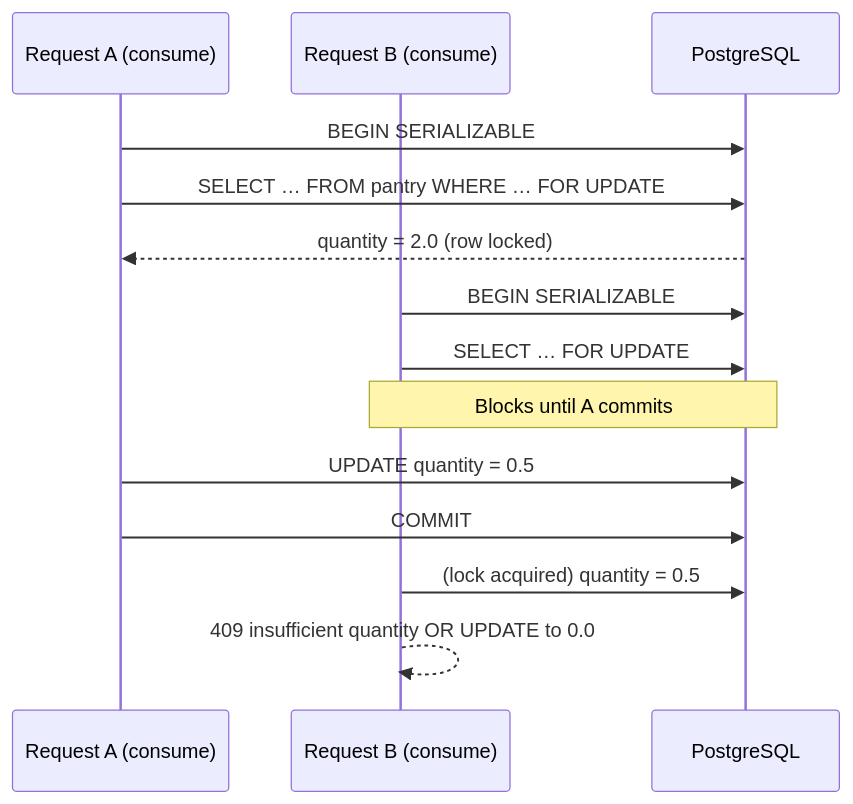
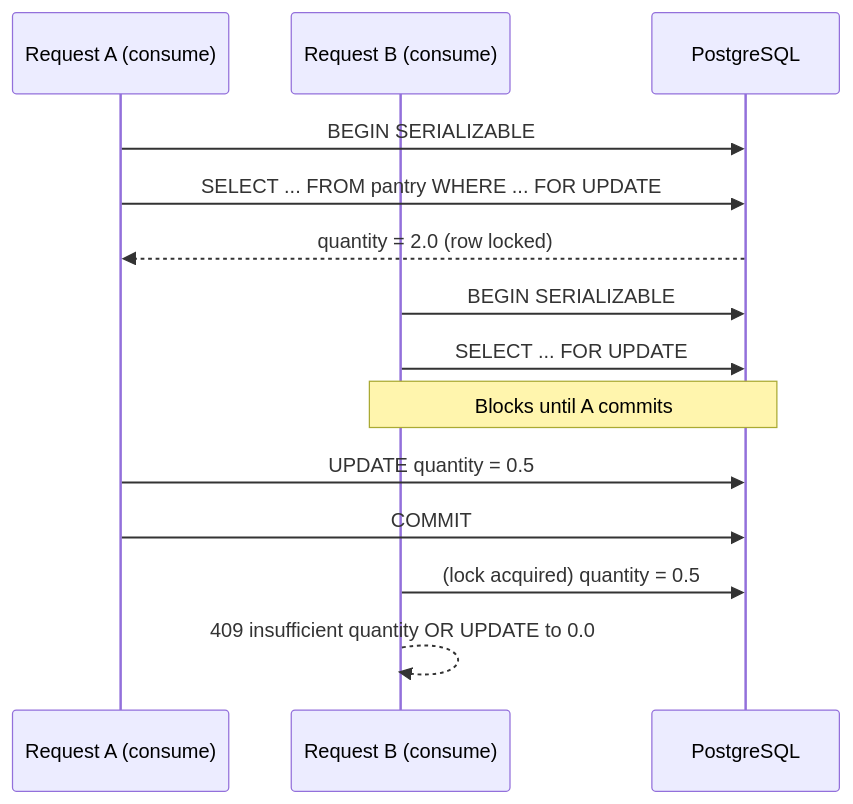
Before and after one commit to moystee/CSC365_Database_Group_Project: the second of 4 diagrams in concurrency.md, drawn with Mermaid. The commit also changed other lines of this file, not shown here.

````diff
--- a/concurrency.md
+++ b/concurrency.md
@@ -46,17 +46,17 @@
 ```mermaid
 sequenceDiagram
     participant A as Request A (consume)
     participant B as Request B (consume)
     participant DB as PostgreSQL
 
     A->>DB: BEGIN SERIALIZABLE
-    A->>DB: SELECT … FROM pantry WHERE … FOR UPDATE
+    A->>DB: SELECT ... FROM pantry WHERE ... FOR UPDATE
     DB-->>A: quantity = 2.0 (row locked)
     B->>DB: BEGIN SERIALIZABLE
-    B->>DB: SELECT … FOR UPDATE
+    B->>DB: SELECT ... FOR UPDATE
     Note over B,DB: Blocks until A commits
     A->>DB: UPDATE quantity = 0.5
     A->>DB: COMMIT
     B->>DB: (lock acquired) quantity = 0.5
     B-->>B: 409 insufficient quantity OR UPDATE to 0.0
 ```
````
